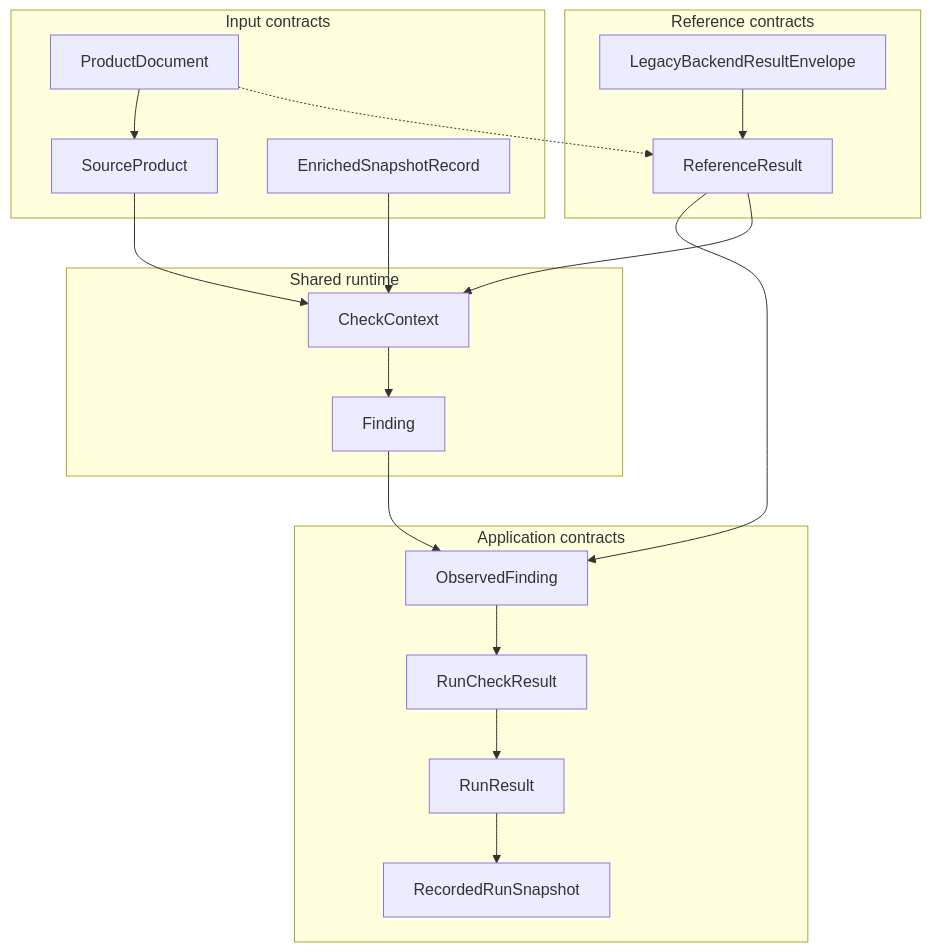
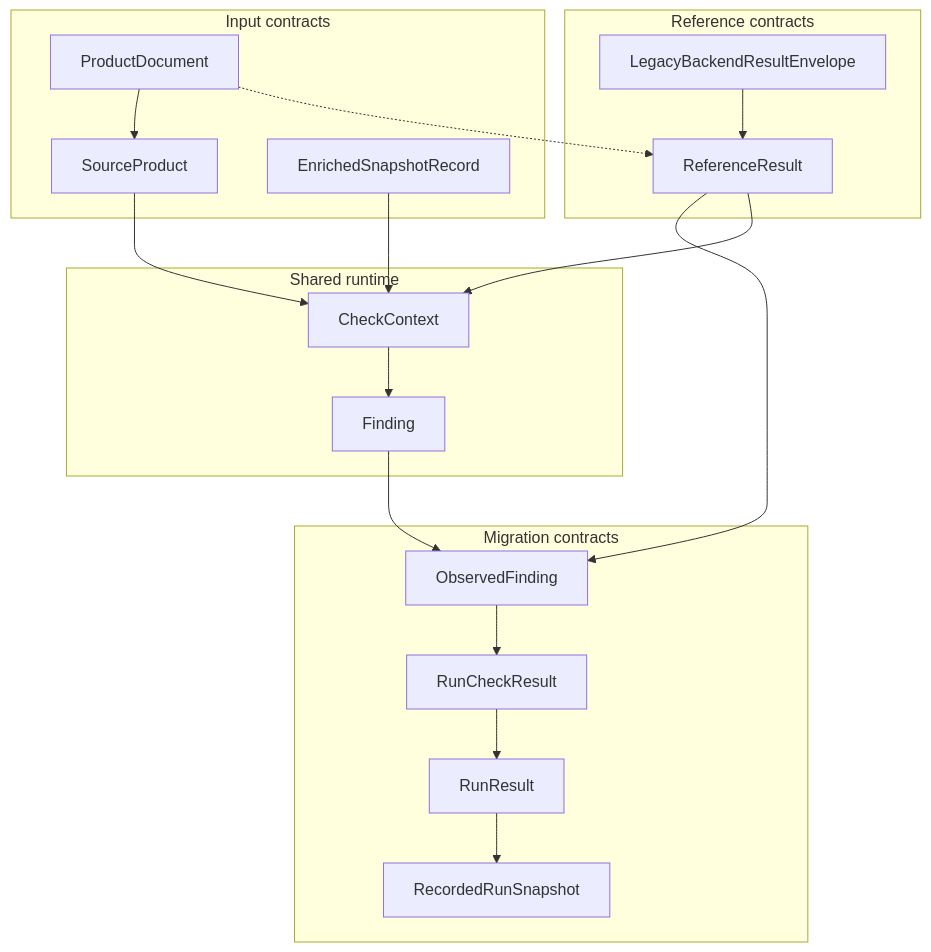
One commit to bobcorn/openfoodfacts-data-quality changed the diagram in docs/reference/data-contracts.md. Above: the diagram before and after it, drawn with Mermaid. The commit also changed other lines of this file and 303 other files, not shown here.

Commit message:
refactor: separate library, migration tooling, and Google Sheets app (#37)

````diff
--- a/docs/reference/data-contracts.md
+++ b/docs/reference/data-contracts.md
@@ -9,36 +9,36 @@
 ```mermaid
 flowchart TB
     subgraph REF["Reference contracts"]
         A["LegacyBackendResultEnvelope"]
         B["ReferenceResult"]
         A --> B
     end
 
     subgraph INPUTS["Input contracts"]
         D["SourceProduct"]
         E["EnrichedSnapshotRecord"]
         L["ProductDocument"]
     end
 
     subgraph RT["Shared runtime"]
         F["CheckContext"]
         G["Finding"]
         F --> G
     end
 
-    subgraph APP["Application contracts"]
+    subgraph APP["Migration contracts"]
         H["ObservedFinding"]
         I["RunCheckResult"]
         J["RunResult"]
         K["RecordedRunSnapshot"]
         H --> I --> J --> K
     end
 
     D --> F
     E --> F
     L --> D
     L -.-> B
     B --> H
     B --> F
     G --> H
 ```
````
